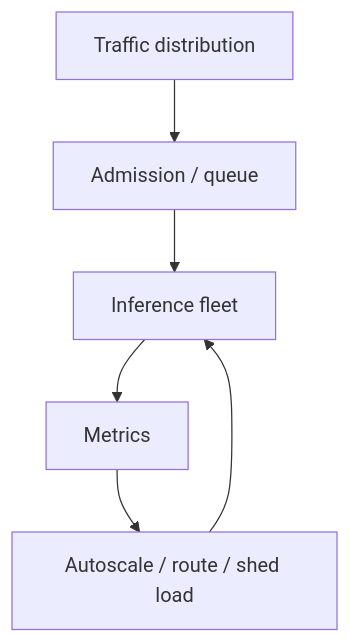
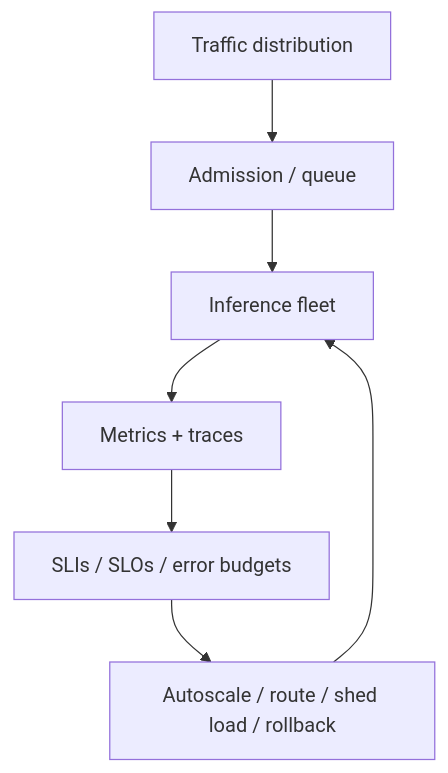
The diagram in docs/ai-engineering/zero-to-hero/inference/capacity-observability.md (salman0butt/handbook), drawn with Mermaid before and after one commit. The commit also changed other lines of this file and 9 other files, not shown here.

````diff
--- a/docs/ai-engineering/zero-to-hero/inference/capacity-observability.md
+++ b/docs/ai-engineering/zero-to-hero/inference/capacity-observability.md
@@ -10,8 +10,9 @@
 ```mermaid
 flowchart TD
   TRAFFIC[Traffic distribution] --> LOAD[Admission / queue]
   LOAD --> GPU[Inference fleet]
-  GPU --> METRICS[Metrics]
-  METRICS --> SCALE[Autoscale / route / shed load]
+  GPU --> METRICS[Metrics + traces]
+  METRICS --> SLO[SLIs / SLOs / error budgets]
+  SLO --> SCALE[Autoscale / route / shed load / rollback]
   SCALE --> GPU
 ```
````
